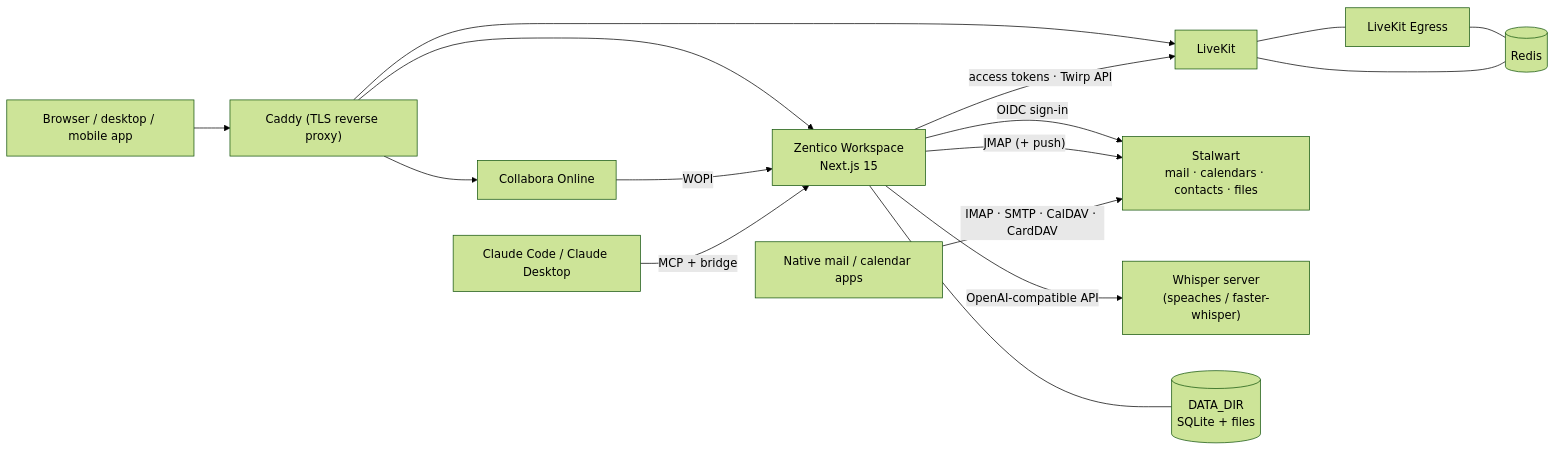
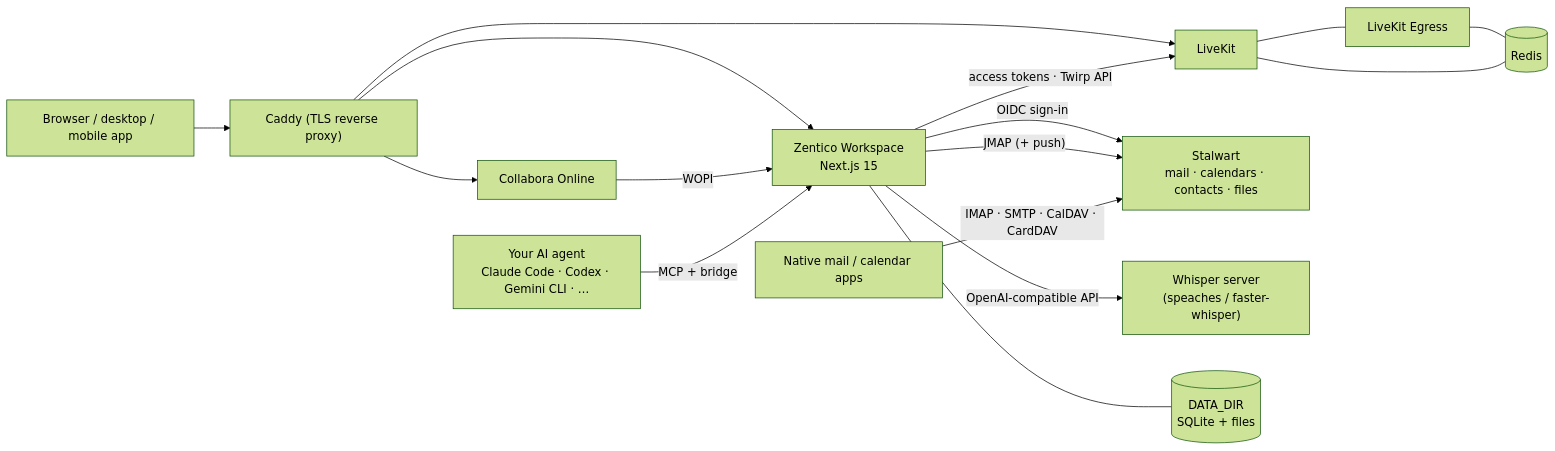
One commit to antonyjaen/zentico-workspace changed the diagram in README.md. Above: the diagram before and after it, drawn with Mermaid (forest theme). The commit also changed other lines of this file and 2 other files, not shown here.

First line of the commit message:
Docs: describe the AI integration as agent-agnostic, link the product page

````diff
--- a/README.md
+++ b/README.md
@@ -111,20 +118,20 @@
 ```mermaid
 flowchart LR
   browser["Browser / desktop / mobile app"] --> caddy["Caddy (TLS reverse proxy)"]
   caddy --> app["Zentico Workspace<br/>Next.js 15"]
   caddy --> lk["LiveKit"]
   caddy --> collabora["Collabora Online"]
 
   app -- "OIDC sign-in" --> stalwart["Stalwart<br/>mail · calendars · contacts · files"]
   app -- "JMAP (+ push)" --> stalwart
   app -- "access tokens · Twirp API" --> lk
   lk --- egress["LiveKit Egress"]
   egress --- redis[("Redis")]
   lk --- redis
   app -- "OpenAI-compatible API" --> whisper["Whisper server<br/>(speaches / faster-whisper)"]
   collabora -- "WOPI" --> app
   app --- data[("DATA_DIR<br/>SQLite + files")]
 
   clients["Native mail / calendar apps"] -- "IMAP · SMTP · CalDAV · CardDAV" --> stalwart
-  claude["Claude Code / Claude Desktop"] -- "MCP + bridge" --> app
+  agent["Your AI agent<br/>Claude Code · Codex · Gemini CLI · …"] -- "MCP + bridge" --> app
 ```
````
